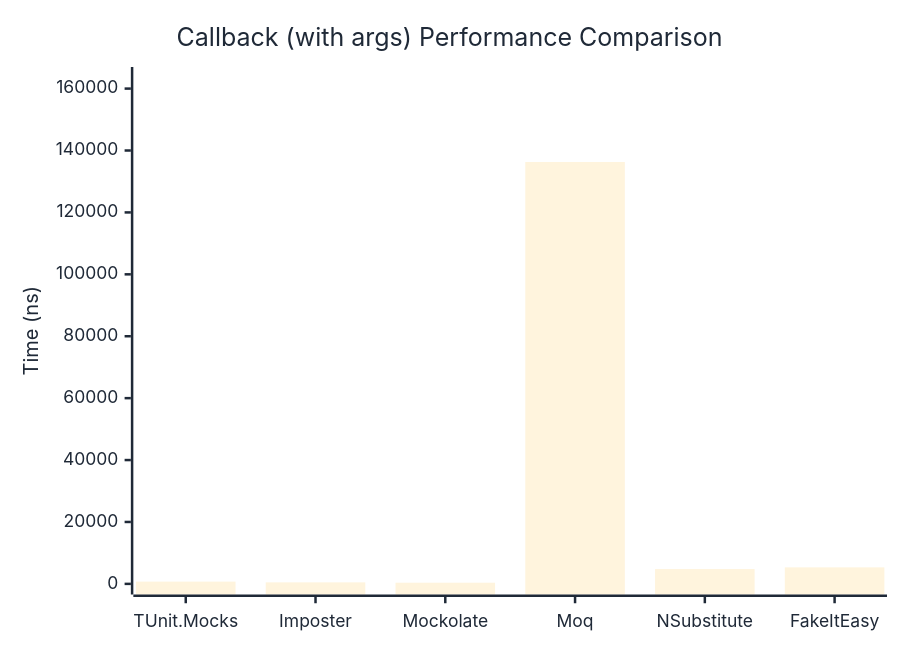
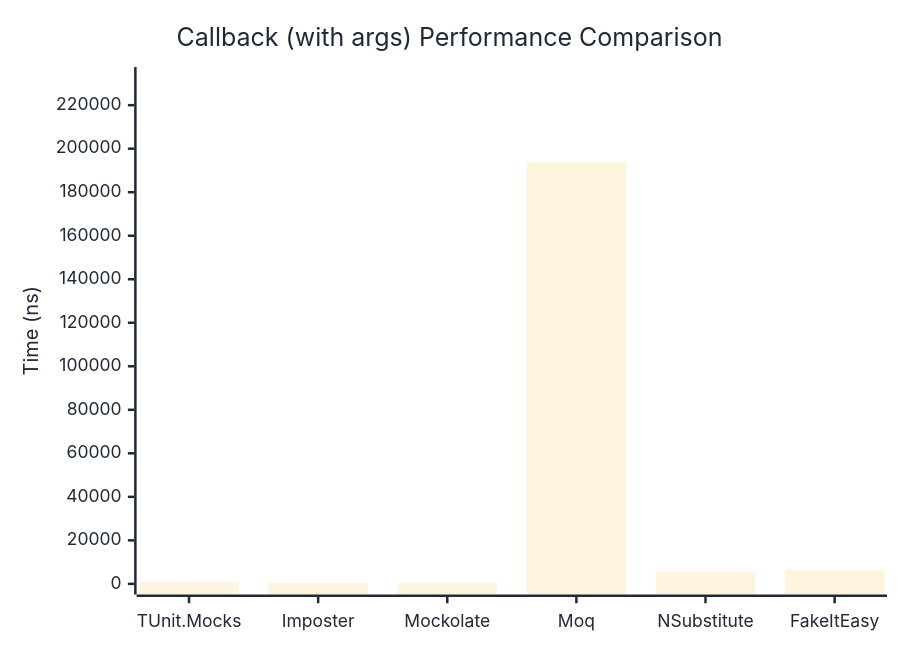
The second of 2 diagrams in docs/docs/benchmarks/mocks/Callback.md (thomhurst/TUnit), drawn with Mermaid before and after one commit. The commit also changed other lines of this file and 14 other files, not shown here.

````diff
--- a/docs/docs/benchmarks/mocks/Callback.md
+++ b/docs/docs/benchmarks/mocks/Callback.md
@@ -71,27 +71,27 @@
 ```mermaid
 %%{init: {
   'theme':'base',
   'themeVariables': {
     'primaryColor': '#2563eb',
     'primaryTextColor': '#1f2937',
     'primaryBorderColor': '#1e40af',
     'lineColor': '#6b7280',
     'secondaryColor': '#7c3aed',
     'tertiaryColor': '#dc2626',
     'background': '#ffffff',
     'pie1': '#2563eb',
     'pie2': '#7c3aed',
     'pie3': '#dc2626',
     'pie4': '#f59e0b',
     'pie5': '#10b981',
     'pie6': '#06b6d4',
     'pie7': '#ec4899',
     'pie8': '#6366f1'
   }
 }}%%
 xychart-beta
   title "Callback (with args) Performance Comparison"
   x-axis ["TUnit.Mocks", "Imposter", "Mockolate", "Moq", "NSubstitute", "FakeItEasy"]
-  y-axis "Time (ns)" 0 --> 163545
-  bar [733.8, 493.5, 380.1, 136286.9, 4787.1, 5338.3]
+  y-axis "Time (ns)" 0 --> 232666
+  bar [774.2, 517.7, 385.2, 193887.9, 5584.4, 6466.2]
 ```
````
